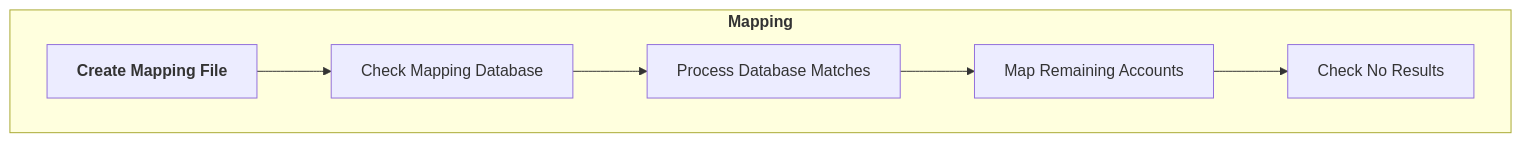
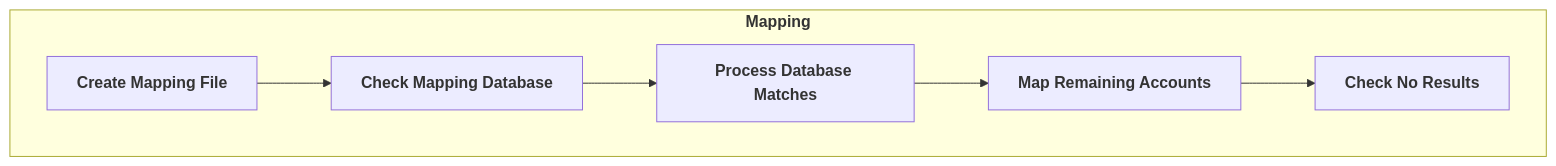
The eighth of 8 diagrams in DIAGRAMS.md (vistra-muniagg/List-Management-Tool), drawn with Mermaid before and after one commit.

Commit message:
Update diagram labels to bold in DIAGRAMS.md

````diff
--- a/DIAGRAMS.md
+++ b/DIAGRAMS.md
@@ -309,24 +309,24 @@
 ```mermaid
 
 %%{init: {
   "theme": "base",
   "themeVariables": {
     "fontSize": "12px",
     "fontFamily": "Segoe UI",
     "primaryColor": "#eef6ff",          %% node fill
     "primaryBorderColor": "#1e40af",    %% node border
     "primaryTextColor": "#0f172a",      %% node text
     "lineColor": "#1e40af"
   }
 }}%%
 
 graph TD
 
     subgraph mapping["<b>Mapping</b>"]
     direction LR
-        populate_mapping["<b>Create Mapping File</b>"] --> query_db["Check Mapping Database"] --> process_db_results["Process Database Matches"]
-        process_db_results --> map_remaining["Map Remaining Accounts"] --> no_results["Check No Results"]
+        populate_mapping["<b>Create Mapping File</b>"] --> query_db["<b>Check Mapping Database</b>"] --> process_db_results["<b>Process Database Matches</b>"]
+        process_db_results --> map_remaining["<b>Map Remaining Accounts</b>"] --> no_results["<b>Check No Results</b>"]
     end
 
 
 ```
````
